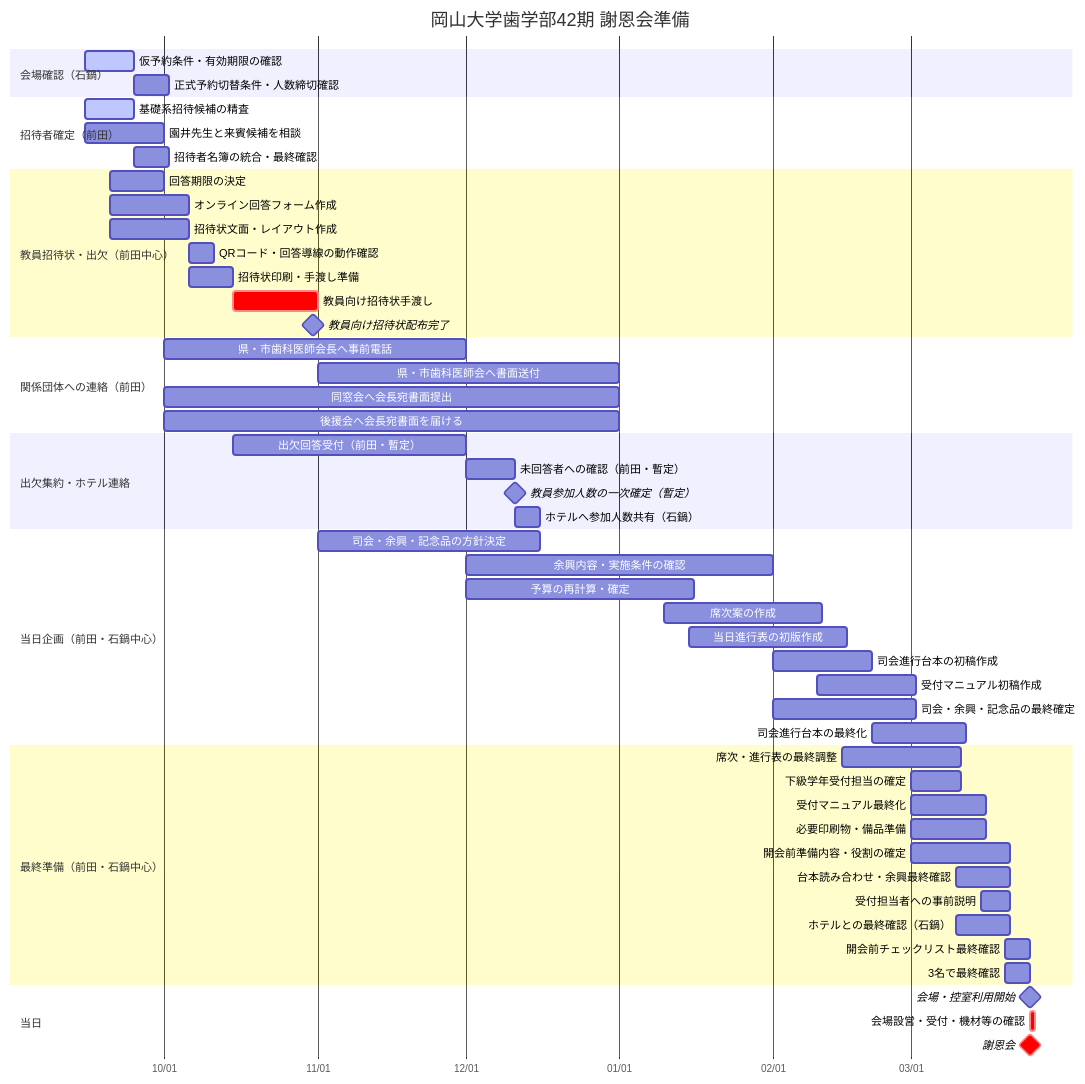
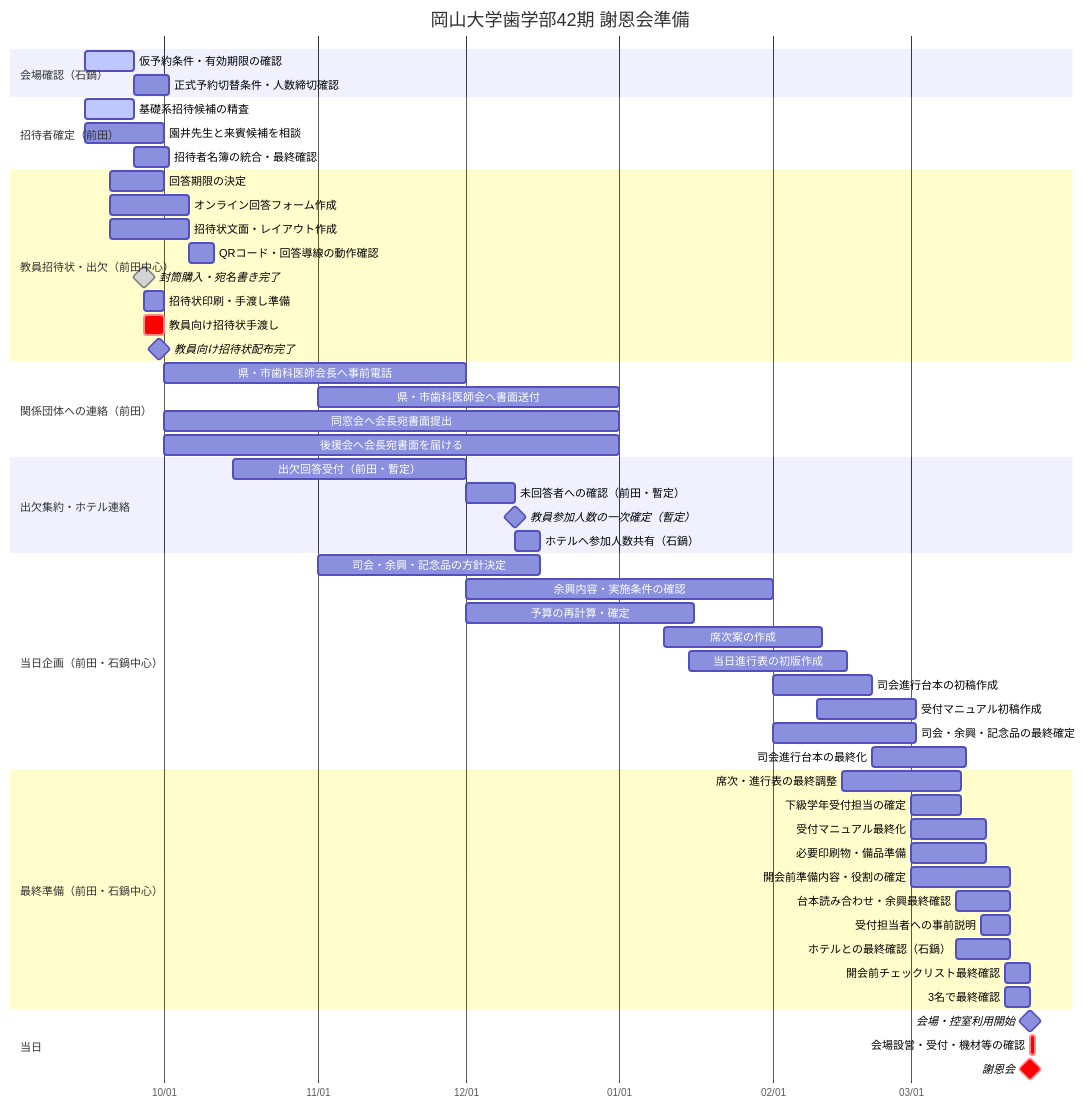
The diagram in GANTT.md (ishinebe/syaonkai), drawn with Mermaid before and after one commit. The commit also changed other lines of this file, not shown here.

````diff
--- a/GANTT.md
+++ b/GANTT.md
@@ -19,64 +19,65 @@
 ```mermaid
 gantt
     title 岡山大学歯学部42期 謝恩会準備
     dateFormat  YYYY-MM-DD
     axisFormat  %m/%d
 
     section 会場確認（石鍋）
     仮予約条件・有効期限の確認       :active, h1, 2026-09-15, 10d
     正式予約切替条件・人数締切確認   :h2, after h1, 7d
 
     section 招待者確定（前田）
     基礎系招待候補の精査           :active, a1, 2026-09-15, 10d
     園井先生と来賓候補を相談       :a2, 2026-09-15, 16d
     招待者名簿の統合・最終確認     :a3, after a1, 7d
 
     section 教員招待状・出欠（前田中心）
     回答期限の決定                 :a4, 2026-09-20, 11d
     オンライン回答フォーム作成     :a5, 2026-09-20, 16d
     招待状文面・レイアウト作成     :a6, 2026-09-20, 16d
     QRコード・回答導線の動作確認   :a7, after a5, 5d
-    招待状印刷・手渡し準備         :a8, 2026-10-06, 9d
-    教員向け招待状手渡し           :crit, a9, 2026-10-15, 17d
-    教員向け招待状配布完了         :milestone, m1, 2026-10-31, 0d
+    封筒購入・宛名書き完了         :done, milestone, m0, 2026-09-27, 0d
+    招待状印刷・手渡し準備         :a8, 2026-09-27, 4d
+    教員向け招待状手渡し           :crit, a9, 2026-09-27, 4d
+    教員向け招待状配布完了         :milestone, m1, 2026-09-30, 0d
 
     section 関係団体への連絡（前田）
     県・市歯科医師会長へ事前電話   :a33, 2026-10-01, 61d
     県・市歯科医師会へ書面送付     :a34, 2026-11-01, 61d
     同窓会へ会長宛書面提出         :a35, 2026-10-01, 92d
     後援会へ会長宛書面を届ける     :a36, 2026-10-01, 92d
 
     section 出欠集約・ホテル連絡
     出欠回答受付（前田・暫定）     :a10, 2026-10-15, 47d
     未回答者への確認（前田・暫定） :a11, 2026-12-01, 10d
     教員参加人数の一次確定（暫定） :milestone, m2, 2026-12-11, 0d
     ホテルへ参加人数共有（石鍋）   :a12, 2026-12-11, 5d
 
     section 当日企画（前田・石鍋中心）
     司会・余興・記念品の方針決定   :a13, 2026-11-01, 45d
     余興内容・実施条件の確認       :a25, 2026-12-01, 62d
     予算の再計算・確定             :a14, 2026-12-01, 46d
     席次案の作成                   :a15, 2027-01-10, 32d
     当日進行表の初版作成           :a16, 2027-01-15, 32d
     司会進行台本の初稿作成         :a26, 2027-02-01, 20d
     受付マニュアル初稿作成         :a29, 2027-02-10, 20d
     司会・余興・記念品の最終確定   :a17, 2027-02-01, 29d
     司会進行台本の最終化           :a27, 2027-02-21, 19d
 
     section 最終準備（前田・石鍋中心）
     席次・進行表の最終調整         :a18, 2027-02-15, 24d
     下級学年受付担当の確定         :a30, 2027-03-01, 10d
     受付マニュアル最終化           :a31, 2027-03-01, 15d
     必要印刷物・備品準備           :a19, 2027-03-01, 15d
     開会前準備内容・役割の確定     :a22, 2027-03-01, 20d
     台本読み合わせ・余興最終確認   :a28, 2027-03-10, 11d
     受付担当者への事前説明         :a32, 2027-03-15, 6d
     ホテルとの最終確認（石鍋）     :a20, 2027-03-10, 11d
     開会前チェックリスト最終確認   :a23, 2027-03-20, 5d
     3名で最終確認                  :a21, 2027-03-20, 5d
 
     section 当日
     会場・控室利用開始             :milestone, m4, 2027-03-25, 0d
     会場設営・受付・機材等の確認   :crit, a24, 2027-03-25, 1d
     謝恩会                          :crit, milestone, m3, 2027-03-25, 0d
 ```
````
